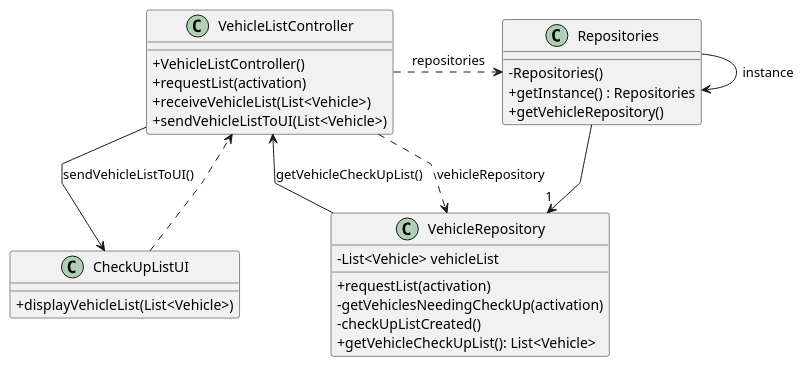
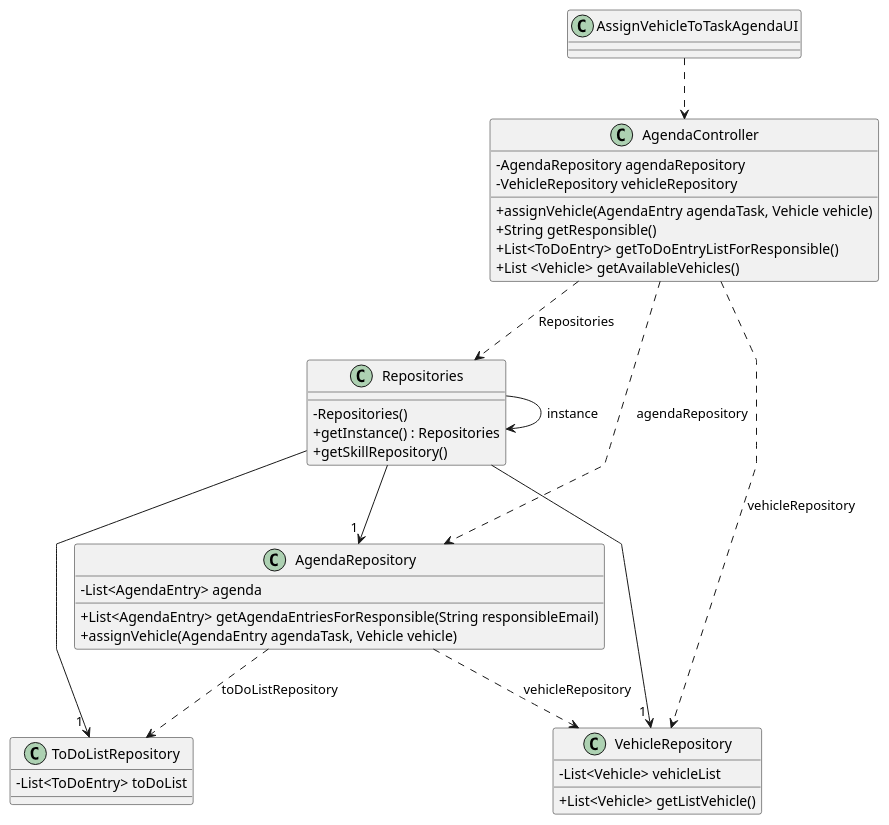
One commit to SAEmanuel/Green_Spaces_Management_ISEP changed the diagram in docs/sprintC/us026/03.design/puml/us026-class-diagram.puml. Above: the diagram before and after it, drawn with PlantUML. The commit also changed 7 other files, not shown here.

```diff
--- a/docs/sprintC/us026/03.design/puml/us026-class-diagram.puml
+++ b/docs/sprintC/us026/03.design/puml/us026-class-diagram.puml
@@ -1,43 +1,56 @@
 @startuml
 'skinparam monochrome true
 skinparam packageStyle rectangle
 skinparam shadowing false
 skinparam linetype polyline
-'skinparam linetype orto
+'skinparam linetype ortho
 skinparam classAttributeIconSize 0
 'left to right direction
 
+class AssignVehicleToTaskAgendaUI{
+}
+
+class AgendaController {
+    - AgendaRepository agendaRepository
+    - VehicleRepository vehicleRepository
+
+    + assignVehicle(AgendaEntry agendaTask, Vehicle vehicle)
+    + String getResponsible()
+    + List<ToDoEntry> getToDoEntryListForResponsible()
+    + List <Vehicle> getAvailableVehicles()
+}
+
+class AgendaRepository {
+    - List<AgendaEntry> agenda
+
+    + List<AgendaEntry> getAgendaEntriesForResponsible(String responsibleEmail)
+    + assignVehicle(AgendaEntry agendaTask, Vehicle vehicle)
+}
+
+class ToDoListRepository {
+    - List<ToDoEntry> toDoList
+}
+
 class VehicleRepository {
     - List<Vehicle> vehicleList
-    + requestList(activation)
-    - getVehiclesNeedingCheckUp(activation)
-    - checkUpListCreated()
-    + getVehicleCheckUpList(): List<Vehicle>
+    + List<Vehicle> getListVehicle()
 }
-
 class Repositories {
     - Repositories()
     + getInstance() : Repositories
-    + getVehicleRepository()
+    + getSkillRepository()
 }
 
-class VehicleListController {
-    + VehicleListController()
-    + requestList(activation)
-    + receiveVehicleList(List<Vehicle>)
-    + sendVehicleListToUI(List<Vehicle>)
-}
 
-class CheckUpListUI {
-    + displayVehicleList(List<Vehicle>)
-}
+AssignVehicleToTaskAgendaUI ..> AgendaController
+AgendaController ..> AgendaRepository : agendaRepository
+AgendaController ..> VehicleRepository : vehicleRepository
+AgendaRepository ..> ToDoListRepository : toDoListRepository
+AgendaRepository ..> VehicleRepository : vehicleRepository
+Repositories -> Repositories : instance
+Repositories  --> "1 " VehicleRepository
+Repositories  --> "1 " ToDoListRepository
+Repositories  --> "1 " AgendaRepository
+AgendaController ..> Repositories : Repositories
 
-CheckUpListUI ..> VehicleListController
-
-VehicleListController --> CheckUpListUI : sendVehicleListToUI()
-VehicleListController .> Repositories : repositories
-Repositories  --> "1 " VehicleRepository
-Repositories -> Repositories : instance
-VehicleListController ..>  VehicleRepository : vehicleRepository
-VehicleRepository -> VehicleListController : getVehicleCheckUpList()
 @enduml
```
